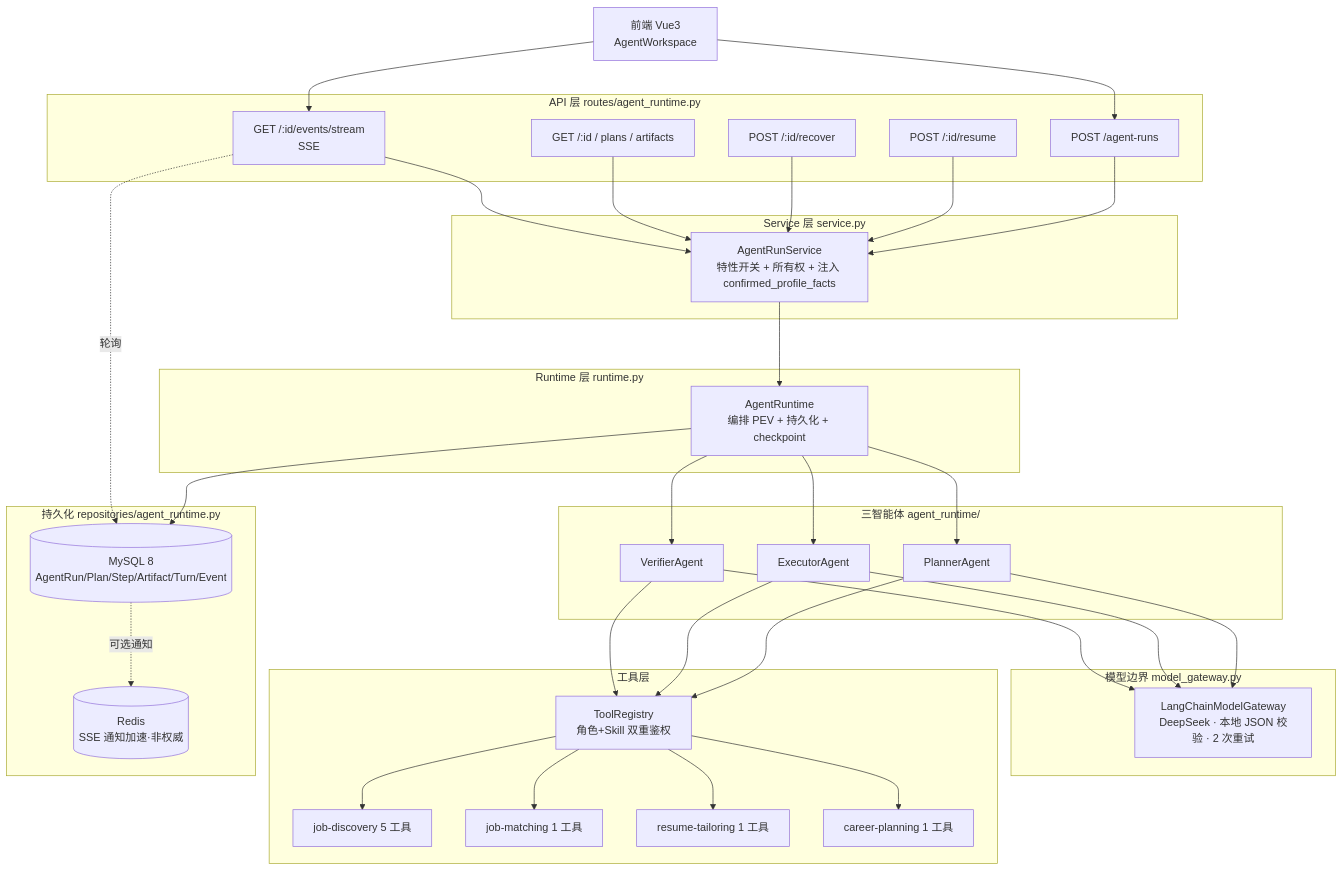
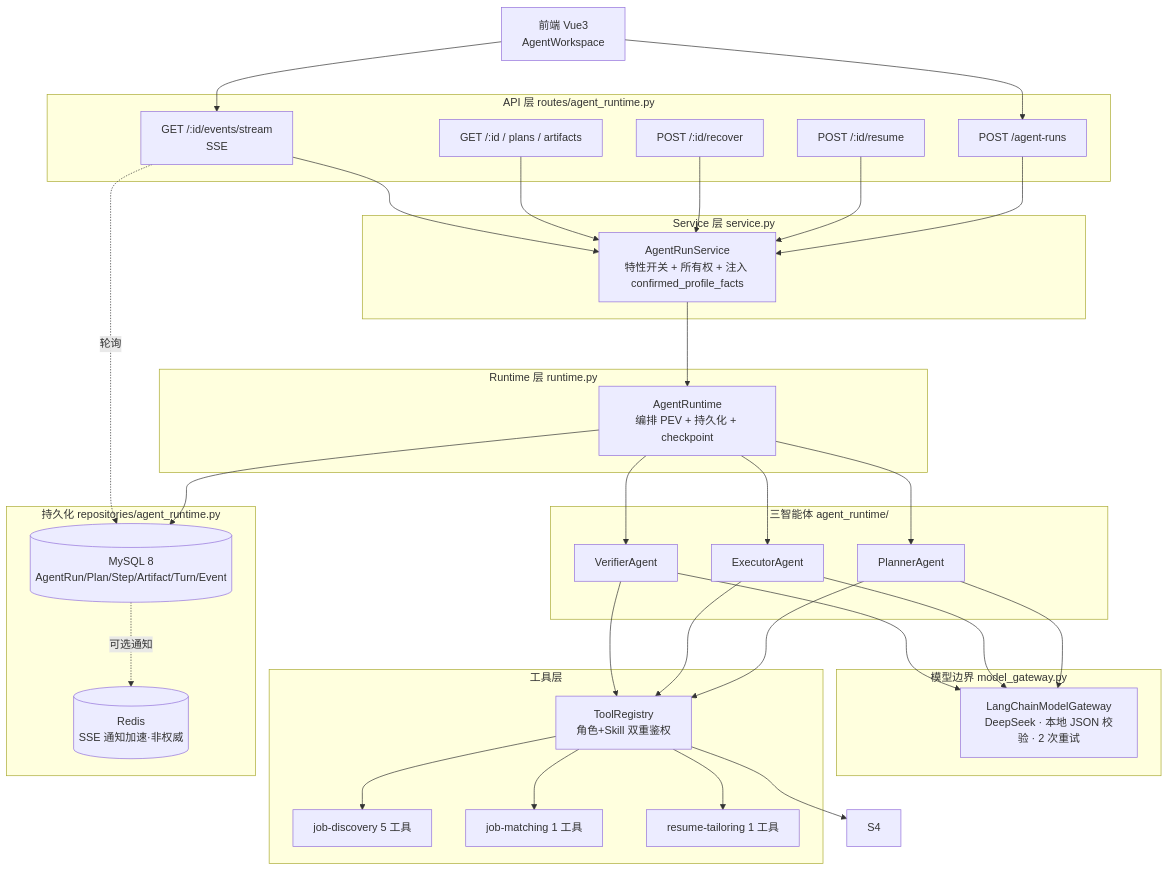
One commit to grefeer/pev-career-assistant changed the first of 7 diagrams in docs/pev-agent-architecture.zh-CN.md. Above: the diagram before and after it, drawn with Mermaid. The commit also changed other lines of this file and 59 other files, not shown here.

````diff
--- a/docs/pev-agent-architecture.zh-CN.md
+++ b/docs/pev-agent-architecture.zh-CN.md
@@ -29,55 +29,54 @@
 ```mermaid
 flowchart TD
     Client[前端 Vue3<br/>AgentWorkspace]
 
     subgraph API[API 层 routes/agent_runtime.py]
         R1[POST /agent-runs]
         R2[POST /:id/resume]
         R3[POST /:id/recover]
         R4[GET /:id/events/stream<br/>SSE]
         R5[GET /:id / plans / artifacts]
     end
 
     subgraph Service[Service 层 service.py]
         SVC[AgentRunService<br/>特性开关 + 所有权 + 注入 confirmed_profile_facts]
     end
 
     subgraph Runtime[Runtime 层 runtime.py]
         RT[AgentRuntime<br/>编排 PEV + 持久化 + checkpoint]
     end
 
     subgraph Agents[三智能体 agent_runtime/]
         P[PlannerAgent]
         E[ExecutorAgent]
         V[VerifierAgent]
     end
 
     subgraph Gateway[模型边界 model_gateway.py]
         GW[LangChainModelGateway<br/>DeepSeek · 本地 JSON 校验 · 2 次重试]
     end
 
     subgraph Tools[工具层]
         TR[ToolRegistry<br/>角色+Skill 双重鉴权]
         S1[job-discovery 5 工具]
         S2[job-matching 1 工具]
         S3[resume-tailoring 1 工具]
-        S4[career-planning 1 工具]
     end
 
     subgraph Persist[持久化 repositories/agent_runtime.py]
         DB[(MySQL 8<br/>AgentRun/Plan/Step/Artifact/Turn/Event)]
         CACHE[(Redis<br/>SSE 通知加速·非权威)]
     end
 
     Client --> R1 & R4
     R1 & R2 & R3 & R5 --> SVC
     R4 --> SVC
     SVC --> RT
     RT --> P & E & V
     P & E & V --> GW
     P & E & V --> TR
     TR --> S1 & S2 & S3 & S4
     RT --> DB
     R4 -.轮询.-> DB
     DB -.可选通知.-> CACHE
 ```
````
